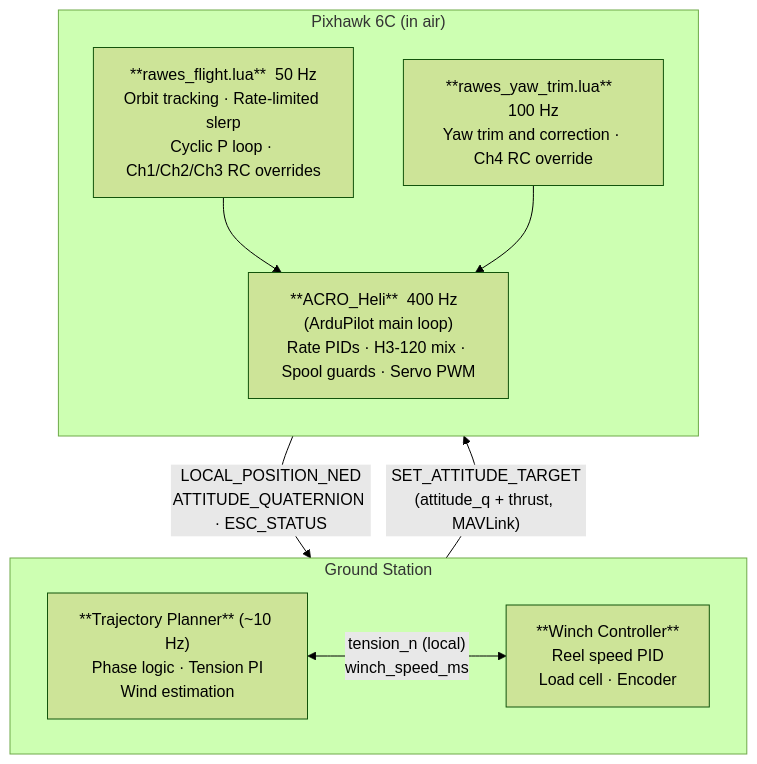
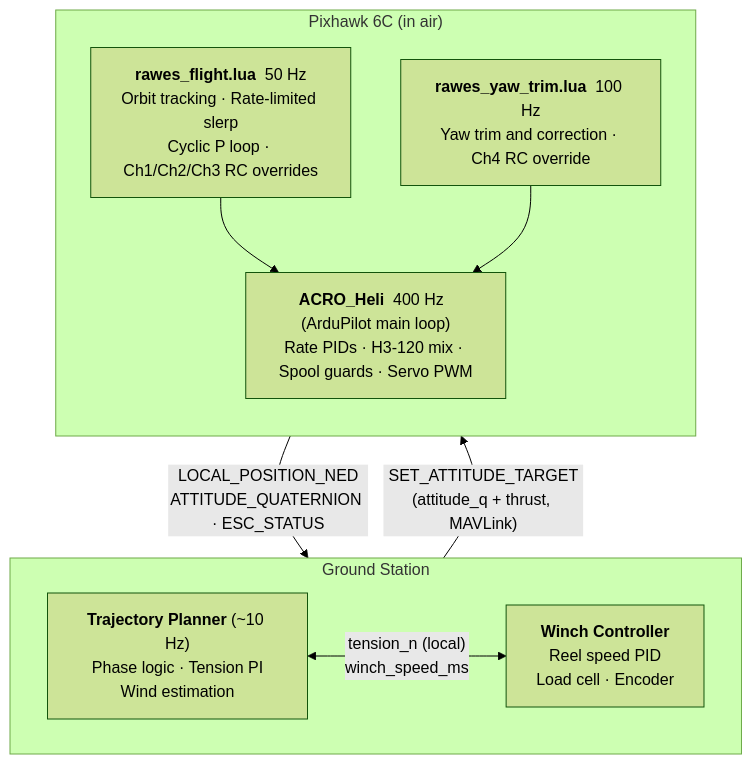
One commit to mcroomp/windpower changed the first of 3 diagrams in system/stack.md. Above: the diagram before and after it, drawn with Mermaid (forest theme). The commit also changed other lines of this file, not shown here.

Commit message:
made diagrams nicer

````diff
--- a/system/stack.md
+++ b/system/stack.md
@@ -14,21 +14,21 @@
 ```mermaid
 flowchart TB
     subgraph GS["Ground Station"]
         direction LR
-        TP["**Trajectory Planner** (~10 Hz)<BR/>Phase logic · Tension PI<BR/>Wind estimation"]
-        WC["**Winch Controller**<BR/>Reel speed PID<BR/>Load cell · Encoder"]
+        TP["<b>Trajectory Planner</b> (~10 Hz)<BR/>Phase logic · Tension PI<BR/>Wind estimation"]
+        WC["<b>Winch Controller</b><BR/>Reel speed PID<BR/>Load cell · Encoder"]
         TP <-->|"tension_n (local)<BR/>winch_speed_ms"| WC
     end
 
     subgraph PX["Pixhawk 6C (in air)"]
         direction TB
-        LUA1["**rawes_flight.lua**  50 Hz<BR/>Orbit tracking · Rate-limited slerp<BR/>Cyclic P loop · Ch1/Ch2/Ch3 RC overrides"]
-        LUA2["**rawes_yaw_trim.lua**  100 Hz<BR/>Yaw trim and correction · Ch4 RC override"]
-        ACRO["**ACRO_Heli**  400 Hz  (ArduPilot main loop)<BR/>Rate PIDs · H3-120 mix · Spool guards · Servo PWM"]
+        LUA1["<b>rawes_flight.lua</b>  50 Hz<BR/>Orbit tracking · Rate-limited slerp<BR/>Cyclic P loop · Ch1/Ch2/Ch3 RC overrides"]
+        LUA2["<b>rawes_yaw_trim.lua</b>  100 Hz<BR/>Yaw trim and correction · Ch4 RC override"]
+        ACRO["<b>ACRO_Heli</b>  400 Hz  (ArduPilot main loop)<BR/>Rate PIDs · H3-120 mix · Spool guards · Servo PWM"]
         LUA1 --> ACRO
         LUA2 --> ACRO
     end
 
     TP -->|"SET_ATTITUDE_TARGET<BR/>(attitude_q + thrust, MAVLink)"| PX
     PX -->|"LOCAL_POSITION_NED<BR/>ATTITUDE_QUATERNION · ESC_STATUS"| TP
 ```
````
